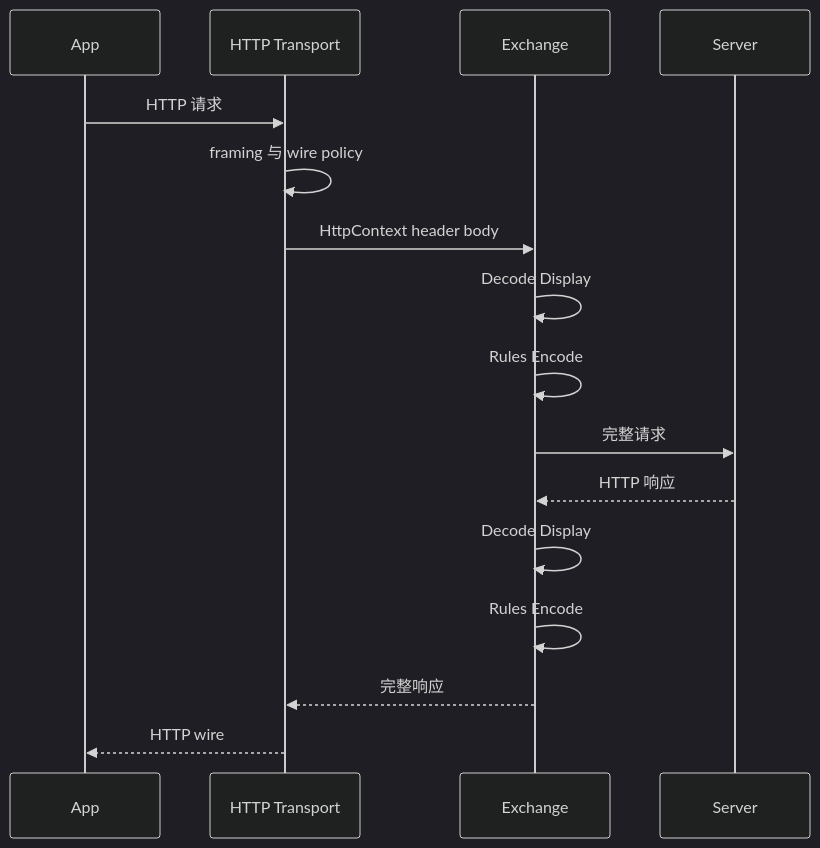
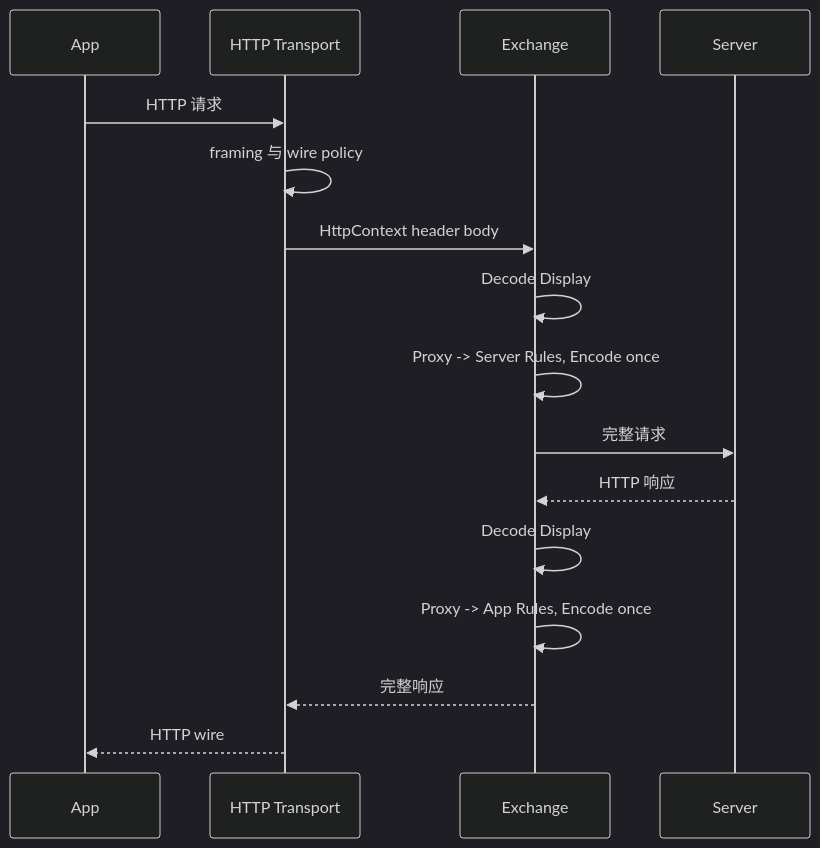
Before and after one commit to kouxko/gmofg-payment-proxy: the first of 5 diagrams in docs/architecture/data-flow.md, drawn with Mermaid (dark theme). The commit also changed other lines of this file and 32 other files, not shown here.

Commit message:
docs(architecture): align package and rule contracts

````diff
--- a/docs/architecture/data-flow.md
+++ b/docs/architecture/data-flow.md
@@ -39,18 +39,18 @@
 ```mermaid
 sequenceDiagram
     participant A as App
     participant T as HTTP Transport
     participant E as Exchange
     participant S as Server
     A->>T: HTTP 请求
     T->>T: framing 与 wire policy
     T->>E: HttpContext header body
     E->>E: Decode Display
-    E->>E: Rules Encode
+    E->>E: Proxy -> Server Rules, Encode once
     E->>S: 完整请求
     S-->>E: HTTP 响应
     E->>E: Decode Display
-    E->>E: Rules Encode
+    E->>E: Proxy -> App Rules, Encode once
     E-->>T: 完整响应
     T-->>A: HTTP wire
 ```
````
